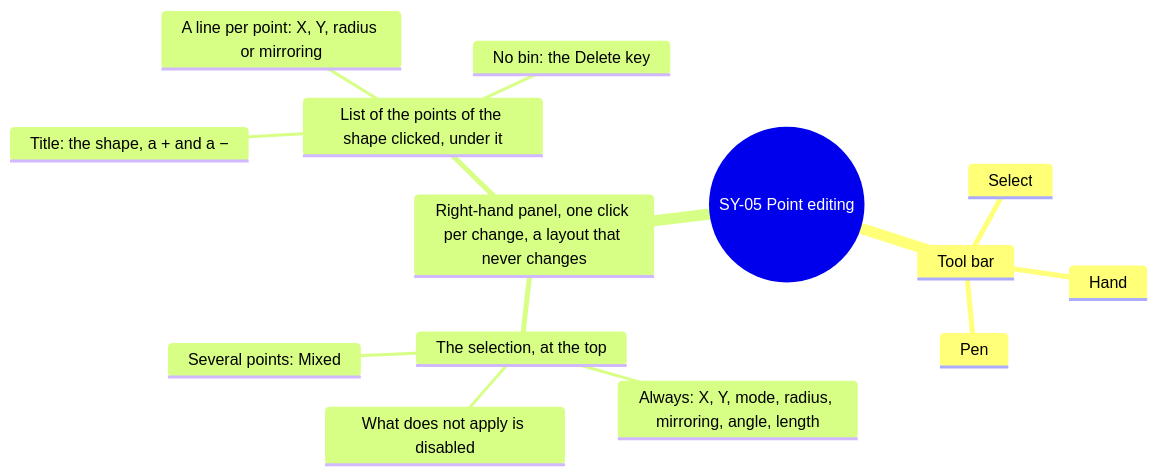
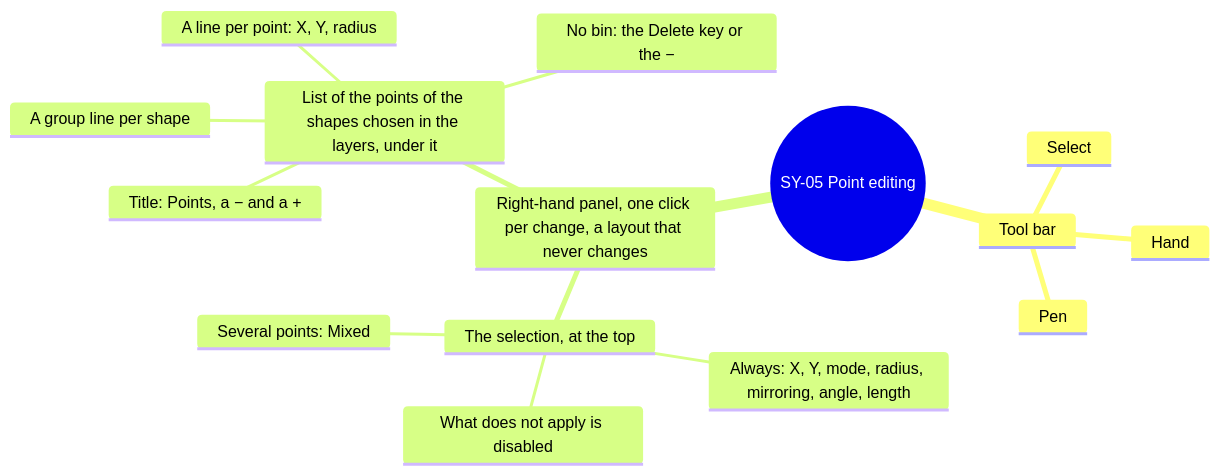
Before and after one commit to AlexandreGallais/synoptic-studio-spec: the seventh of 16 diagrams in screens/symbols.md, drawn with Mermaid. The commit also changed other lines of this file and 8 other files, not shown here.

First line of the commit message:
docs(symbols): choose shapes in the layers for points, normal selection for alignment

````diff
--- a/screens/symbols.md
+++ b/screens/symbols.md
@@ -327,17 +327,18 @@
 ```mermaid
 mindmap
   root((SY-05 Point editing))
     Tool bar
       Select
       Hand
       Pen
     Right-hand panel, one click per change, a layout that never changes
       The selection, at the top
         Always: X, Y, mode, radius, mirroring, angle, length
         What does not apply is disabled
         Several points: Mixed
-      List of the points of the shape clicked, under it
-        Title: the shape, a + and a −
-        A line per point: X, Y, radius or mirroring
-        No bin: the Delete key
+      List of the points of the shapes chosen in the layers, under it
+        Title: Points, a − and a +
+        A group line per shape
+        A line per point: X, Y, radius
+        No bin: the Delete key or the −
 ```
````
